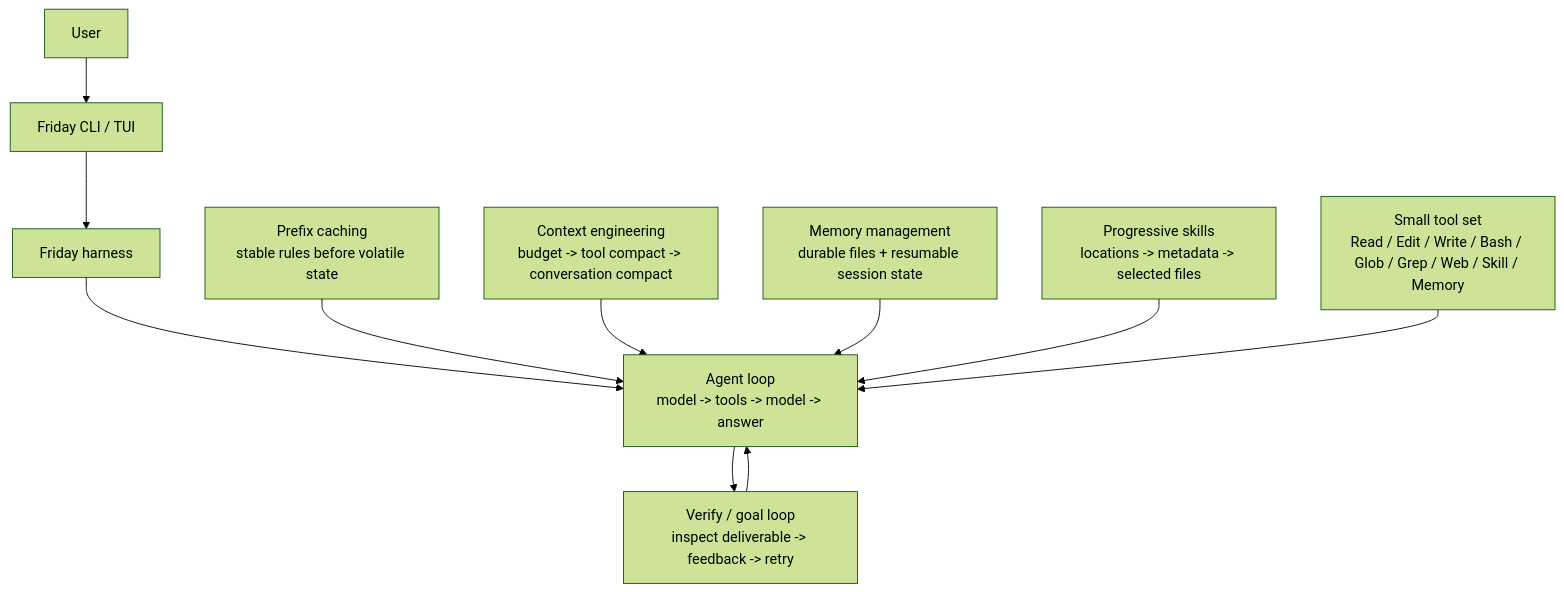
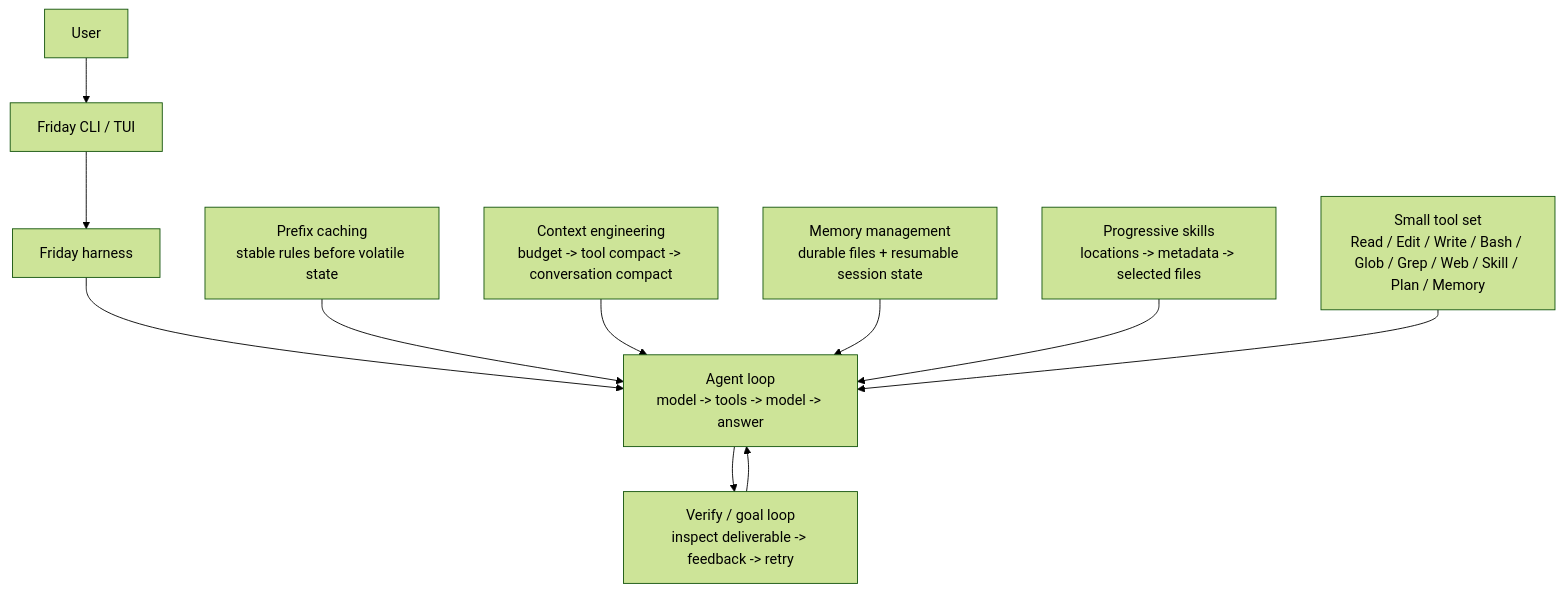
Before and after one commit to Lancetwang/friday: the diagram in README.md, drawn with Mermaid (forest theme). The commit also changed other lines of this file and 20 other files, not shown here.

````diff
--- a/README.md
+++ b/README.md
@@ -42,15 +45,15 @@
 ```mermaid
 flowchart TD
     User["User"] --> Surface["Friday CLI / TUI"]
     Surface --> Harness["Friday harness"]
 
     Harness --> AgentLoop["Agent loop<br/>model -> tools -> model -> answer"]
     AgentLoop --> OuterLoop["Verify / goal loop<br/>inspect deliverable -> feedback -> retry"]
     OuterLoop --> AgentLoop
 
     Prefix["Prefix caching<br/>stable rules before volatile state"] --> AgentLoop
     Context["Context engineering<br/>budget -> tool compact -> conversation compact"] --> AgentLoop
     Memory["Memory management<br/>durable files + resumable session state"] --> AgentLoop
     Skills["Progressive skills<br/>locations -> metadata -> selected files"] --> AgentLoop
-    Tools["Small tool set<br/>Read / Edit / Write / Bash / Glob / Grep / Web / Skill / Memory"] --> AgentLoop
+    Tools["Small tool set<br/>Read / Edit / Write / Bash / Glob / Grep / Web / Skill / Plan / Memory"] --> AgentLoop
 ```
````
